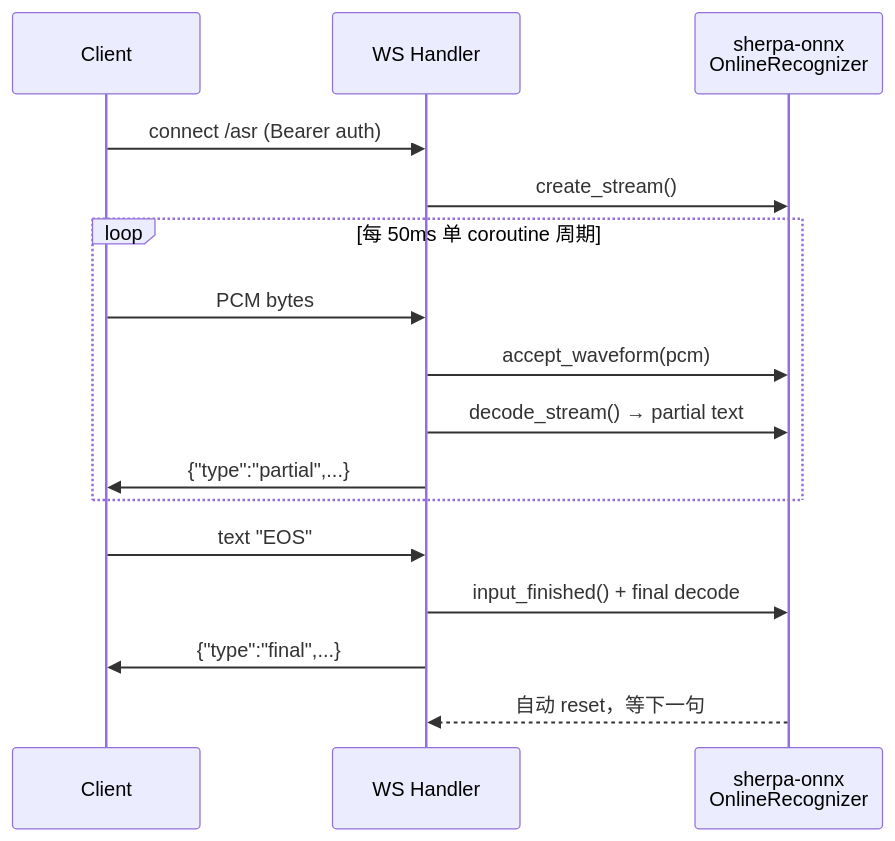
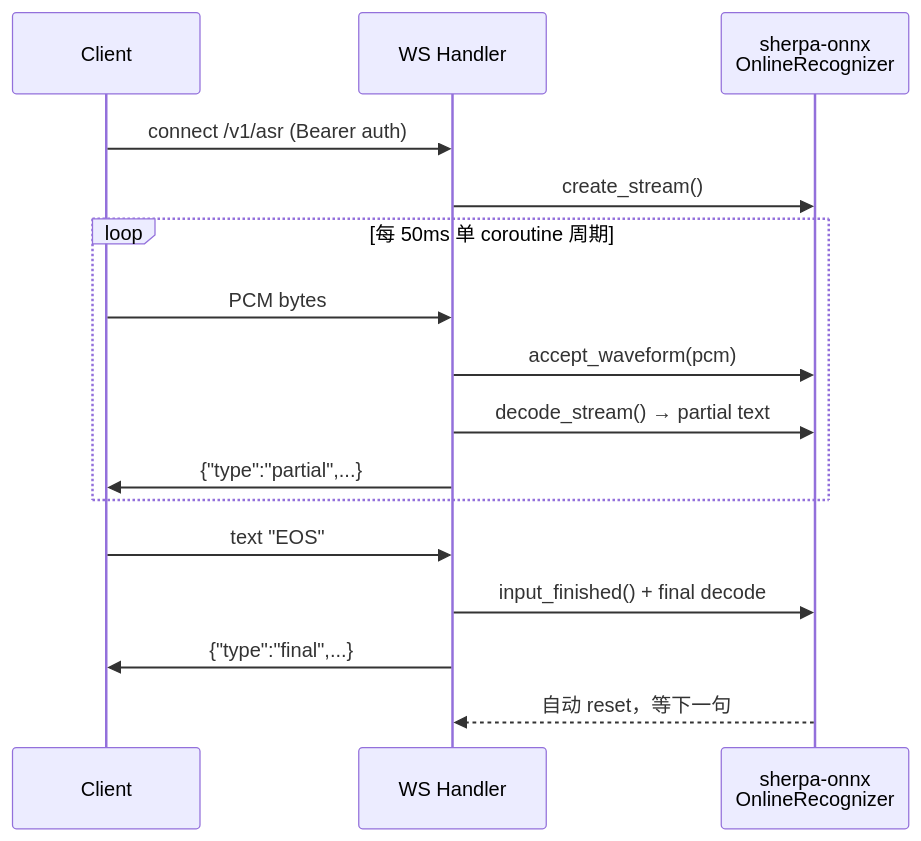
The second of 5 diagrams in ARCHITECTURE.md (zinohome/RTVoice), drawn with Mermaid before and after one commit. The commit also changed other lines of this file and 3 other files, not shown here.

````diff
--- a/ARCHITECTURE.md
+++ b/ARCHITECTURE.md
@@ -94,18 +94,18 @@
 ```mermaid
 sequenceDiagram
     participant C as Client
     participant W as WS Handler
     participant R as sherpa-onnx<br/>OnlineRecognizer
-    C->>W: connect /asr (Bearer auth)
+    C->>W: connect /v1/asr (Bearer auth)
     W->>R: create_stream()
     loop 每 50ms 单 coroutine 周期
         C->>W: PCM bytes
         W->>R: accept_waveform(pcm)
         W->>R: decode_stream() → partial text
         W->>C: {"type":"partial",...}
     end
     C->>W: text "EOS"
     W->>R: input_finished() + final decode
     W->>C: {"type":"final",...}
     R-->>W: 自动 reset，等下一句
 ```
````
